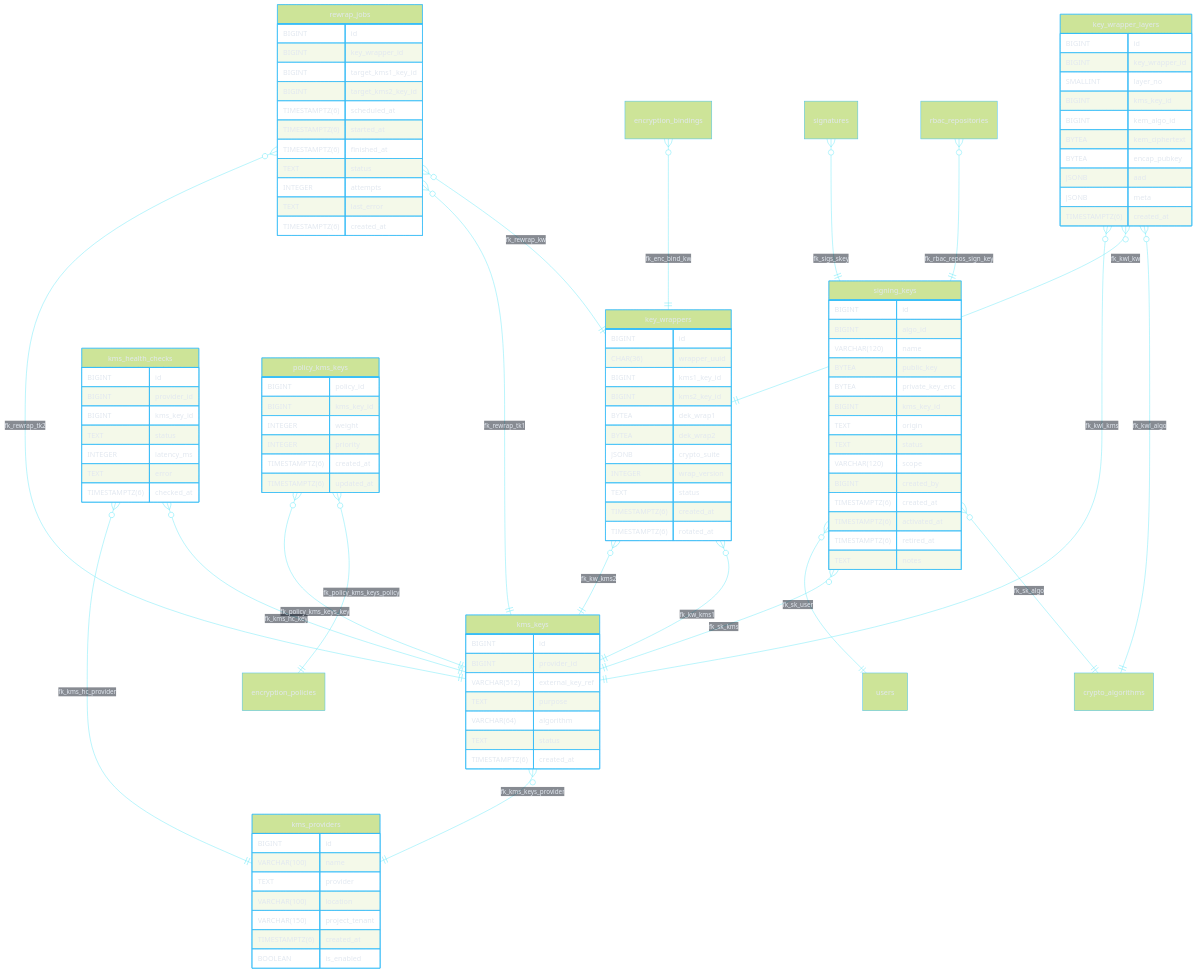
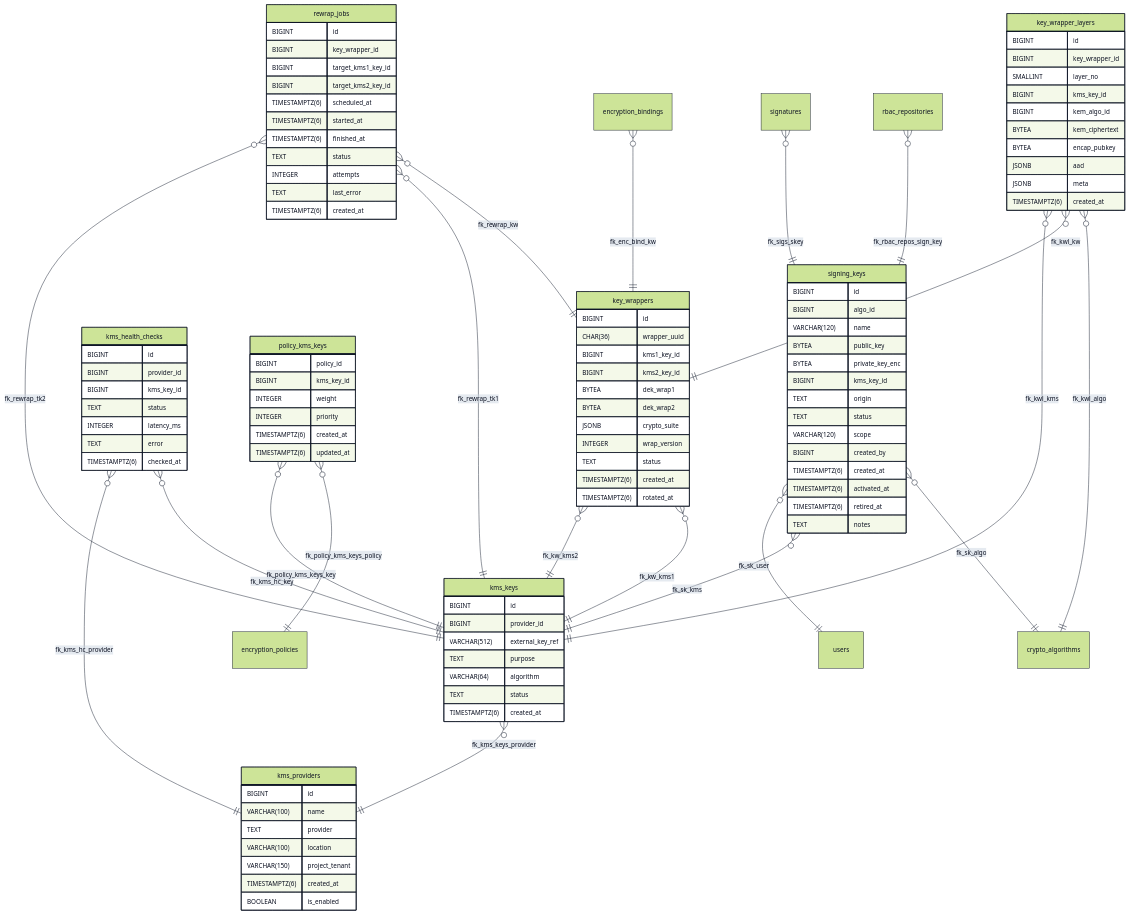
One commit to blackcatacademy/blackcat-database changed the diagram in docs/erd-details/ERD-kms_keys.md. Above: the diagram before and after it, drawn with Mermaid. The commit also changed 93 other files, not shown here.

Commit message:
Further debugging and ERD optimalization 1/*

````diff
--- a/docs/erd-details/ERD-kms_keys.md
+++ b/docs/erd-details/ERD-kms_keys.md
@@ -1,8 +1,8 @@
 ```mermaid
-%%{init: {"theme":"forest","themeVariables":{"primaryColor":"#0b1021","primaryBorderColor":"#4ade80","primaryTextColor":"#e2e8f0","edgeLabelBackground":"#0b1021","tertiaryColor":"#111827","tertiaryTextColor":"#cbd5e1","lineColor":"#67e8f9","nodeBorder":"#38bdf8","textColor":"#e2e8f0"}} }%%
+%%{init: {"theme":"forest","themeVariables":{"primaryColor":"#e5e7eb","primaryBorderColor":"#111827","primaryTextColor":"#0b1021","edgeLabelBackground":"#f8fafc","tertiaryColor":"#cbd5e1","tertiaryTextColor":"#0f172a","lineColor":"#0f172a","nodeBorder":"#111827","textColor":"#0b1021","fontSize":"14px"}} }%%
 %% Detail ERD for kms_keys (engine: postgres, neighbors: 7)
 erDiagram
-  %% direction: TB
+  direction TB
   kms_keys {
     BIGINT id
     BIGINT provider_id
````
